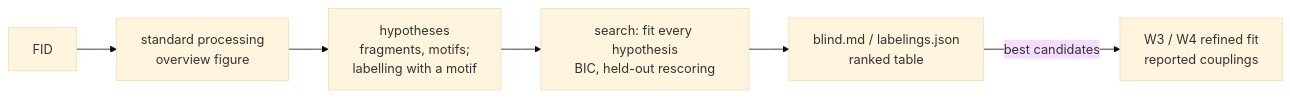
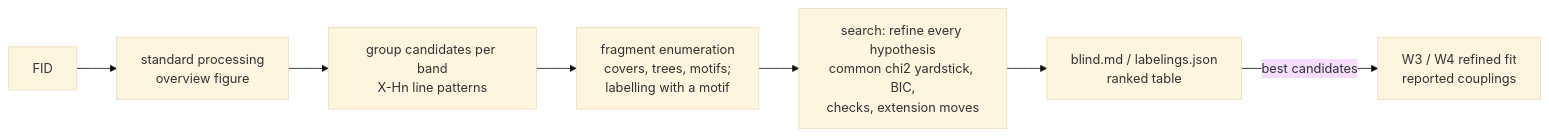
One commit to gao-xh/ZULF_Model changed the sixth of 8 diagrams in docs/WORKFLOW.md. Above: the diagram before and after it, drawn with Mermaid (base theme). The commit also changed other lines of this file and 1 other file, not shown here.

Commit message:
docs: workflow checked against the code; key algorithms for every workflow; boxed algorithm blocks in the page

````diff
--- a/docs/WORKFLOW.md
+++ b/docs/WORKFLOW.md
@@ -185,8 +234,9 @@
 ```mermaid
 flowchart LR
     fid["FID"] --> p["standard processing<br/>overview figure"]
-    p --> h["hypotheses<br/>fragments, motifs;<br/>labelling with a motif"]
-    h --> s["search: fit every hypothesis<br/>BIC, held-out rescoring"]
+    p --> g["group candidates per band<br/>X-Hn line patterns"]
+    g --> h["fragment enumeration<br/>covers, trees, motifs;<br/>labelling with a motif"]
+    h --> s["search: refine every hypothesis<br/>common chi2 yardstick, BIC,<br/>checks, extension moves"]
     s --> r["blind.md / labelings.json<br/>ranked table"]
     r -- best candidates --> w3["W3 / W4 refined fit<br/>reported couplings"]
 ```
````
